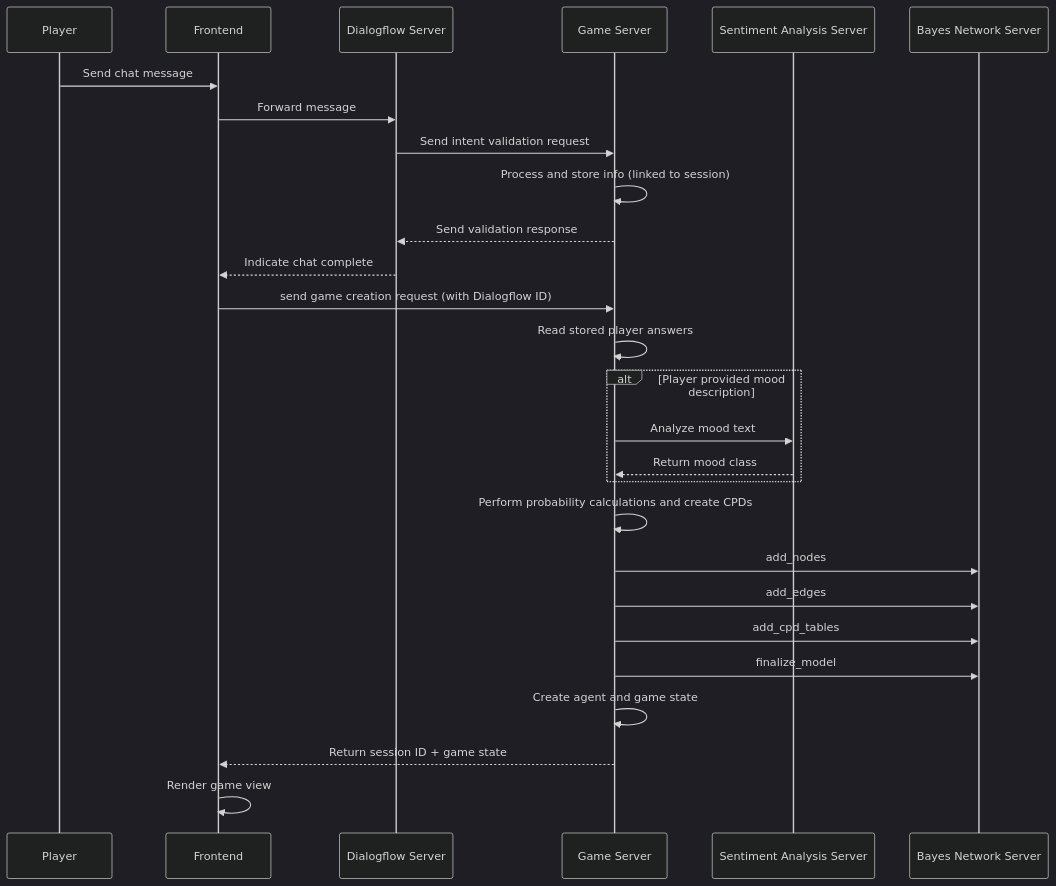
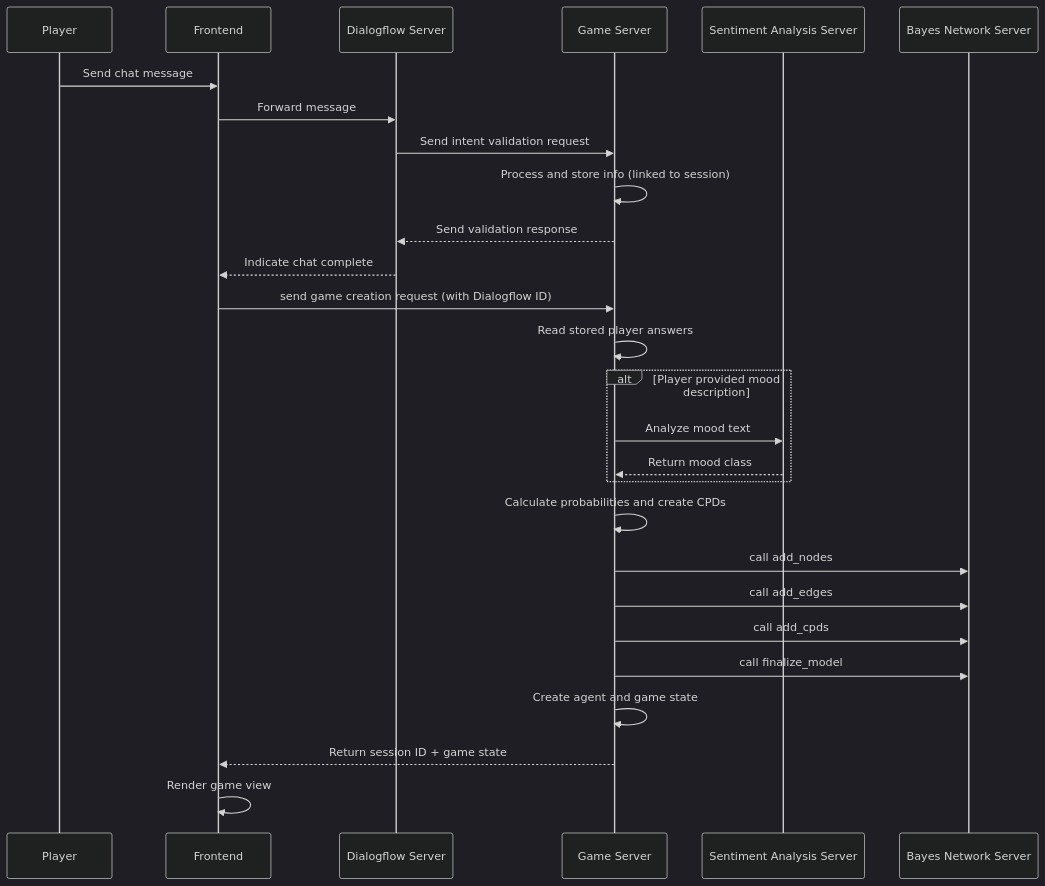
The first of 2 diagrams in docs/deep-lore.md (rchDev/game-of-points), drawn with Mermaid (dark theme) before and after one commit. The commit also changed other lines of this file, not shown here.

Commit message:
[docs]: small changes

````diff
--- a/docs/deep-lore.md
+++ b/docs/deep-lore.md
@@ -16,40 +21,40 @@
 ```mermaid
 sequenceDiagram
     participant Player
     participant Frontend
     participant Dialogflow as Dialogflow Server
     participant GameServer as Game Server
     participant Sentiment as Sentiment Analysis Server
     participant Bayes as Bayes Network Server
 
     %% Chat interaction
     Player ->> Frontend: Send chat message
     Frontend ->> Dialogflow: Forward message
     Dialogflow ->> GameServer: Send intent validation request
     GameServer ->> GameServer: Process and store info (linked to session)
     GameServer -->> Dialogflow: Send validation response
 
     %% Chat continues until end page
     Dialogflow -->> Frontend: Indicate chat complete
 
     %% Game creation
     Frontend ->> GameServer: send game creation request (with Dialogflow ID)
     GameServer ->> GameServer: Read stored player answers
     alt Player provided mood description
         GameServer ->> Sentiment: Analyze mood text
         Sentiment -->> GameServer: Return mood class
     end
     
-    GameServer ->> GameServer: Perform probability calculations and create CPDs
+    GameServer ->> GameServer: Calculate probabilities and create CPDs
 
     %% Agent + Bayes Net creation
-    GameServer ->> Bayes: add_nodes
-    GameServer ->> Bayes: add_edges
-    GameServer ->> Bayes: add_cpd_tables
-    GameServer ->> Bayes: finalize_model
+    GameServer ->> Bayes: call add_nodes
+    GameServer ->> Bayes: call add_edges
+    GameServer ->> Bayes: call add_cpds
+    GameServer ->> Bayes: call finalize_model
 
     GameServer ->> GameServer: Create agent and game state
     GameServer -->> Frontend: Return session ID + game state
     Frontend ->> Frontend: Render game view
 
 ```
````
